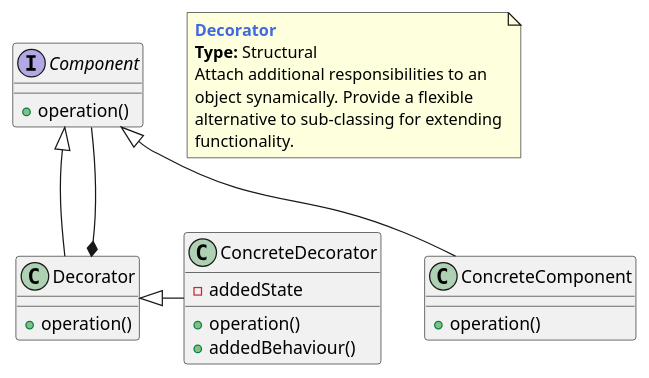
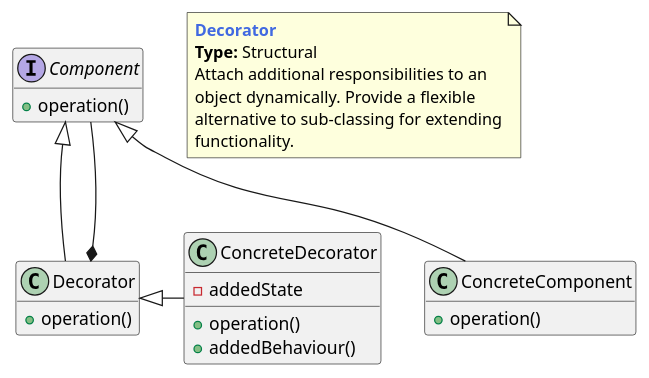
The diagram in decorator.plantuml (kusnier/PlantUMLDesignPatterns), drawn with PlantUML before and after one commit. The commit also changed 3 other files, not shown here.

Commit message:
Hide empty members

```diff
--- a/decorator.plantuml
+++ b/decorator.plantuml
@@ -3,35 +3,37 @@
 @startuml Decorator
 
 interface Component {
     + operation()
 }
 
 class ConcreteComponent {
     + operation()
 }
 
 class Decorator {
     + operation()
 }
 
 class ConcreteDecorator {
     - addedState
     + operation()
     + addedBehaviour()
 }
 
+hide empty members
+
 Component <|-- ConcreteComponent
 Component <|-- Decorator
 Component --* Decorator
 Decorator <|- ConcreteDecorator
 
 note as N1
     <b><color:royalBlue>Decorator</color></b>
     <b>Type:</b> Structural
     Attach additional responsibilities to an
-    object synamically. Provide a flexible
+    object dynamically. Provide a flexible
     alternative to sub-classing for extending
     functionality.
 end note
 
 @enduml
```
